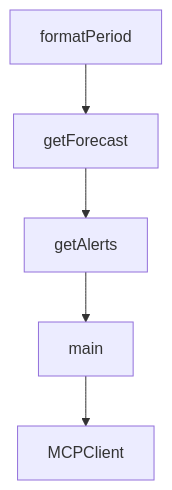
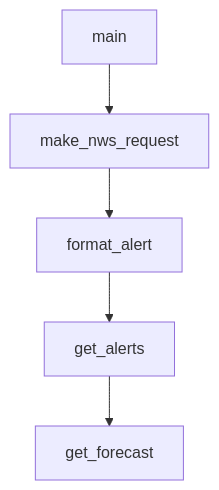
The diagram in tutorials/mcp-quickstart-resources-tutorial/04-protocol-flow-and-stdio-transport-behavior.md (johnxie/awesome-code-docs), drawn with Mermaid before and after one commit. The commit also changed other lines of this file and 1232 other files, not shown here.

````diff
--- a/tutorials/mcp-quickstart-resources-tutorial/04-protocol-flow-and-stdio-transport-behavior.md
+++ b/tutorials/mcp-quickstart-resources-tutorial/04-protocol-flow-and-stdio-transport-behavior.md
@@ -210,12 +208,12 @@
 ```mermaid
 flowchart TD
-    A[formatPeriod]
-    B[getForecast]
-    C[getAlerts]
-    D[main]
-    E[MCPClient]
+    A[main]
+    B[make_nws_request]
+    C[format_alert]
+    D[get_alerts]
+    E[get_forecast]
     A --> B
     B --> C
     C --> D
     D --> E
 ```
````
